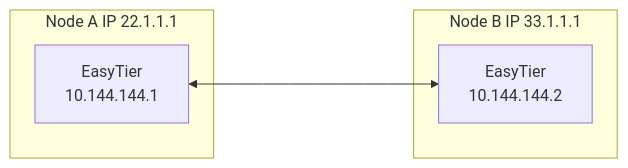
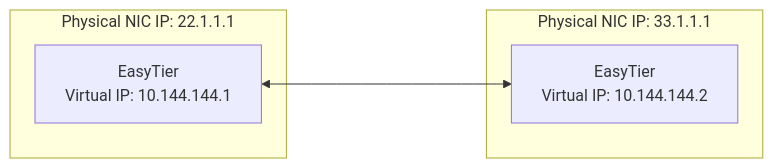
One commit to EasyTier/easytier.github.io changed the first of 2 diagrams in en/guide/network/decentralized-networking.md. Above: the diagram before and after it, drawn with Mermaid. The commit also changed other lines of this file and 36 other files, not shown here.

````diff
--- a/en/guide/network/decentralized-networking.md
+++ b/en/guide/network/decentralized-networking.md
@@ -11,14 +11,10 @@
 ```mermaid
 flowchart LR
-
-subgraph Node A IP 22.1.1.1
-nodeA[EasyTier<br/>10.144.144.1]
+subgraph Node A [Physical NIC IP: 22.1.1.1]
+  nodeA[EasyTier<br/>Virtual IP: 10.144.144.1]
 end
-
-subgraph Node B IP 33.1.1.1
-nodeB[EasyTier</br>10.144.144.2]
+subgraph Node B [Physical NIC IP: 33.1.1.1]
+  nodeB[EasyTier<br/>Virtual IP: 10.144.144.2]
 end
-
 nodeA <-----> nodeB
-
 ```
````
